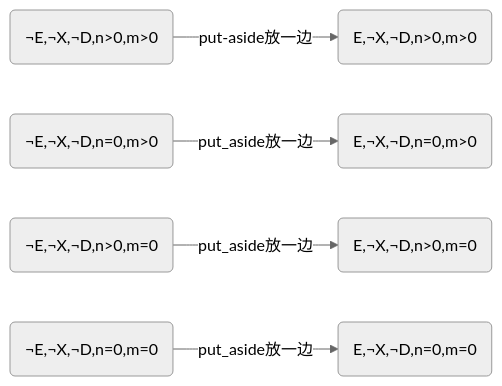
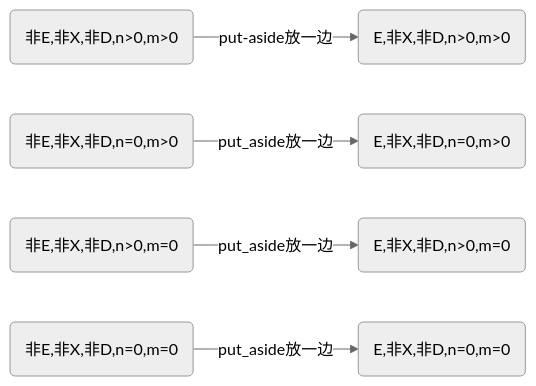
One commit to Tridu33/ZERO-Starting-AI-Planning-in-PDDL-Descripted-World changed the third of 29 diagrams in docs/SolversBaseOnPDDL/GP_Numerical/图法QNP.md. Above: the diagram before and after it, drawn with Mermaid (neutral theme). The commit also changed other lines of this file and 25 other files, not shown here.

````diff
--- a/docs/SolversBaseOnPDDL/GP_Numerical/图法QNP.md
+++ b/docs/SolversBaseOnPDDL/GP_Numerical/图法QNP.md
@@ -130,7 +130,7 @@
 ```mermaid
 graph LR;
-　　S0(&notE,&notX,&notD,n>0,m>0) -->|put-aside放一边| S16(E,&notX,&notD,n>0,m>0);
-　　S2(&notE,&notX,&notD,n=0,m>0) -->|put_aside放一边| S18(E,&notX,&notD,n=0,m>0);
-　　S1(&notE,&notX,&notD,n>0,m=0) -->|put_aside放一边| S17(E,&notX,&notD,n>0,m=0);
-　　S3(&notE,&notX,&notD,n=0,m=0) -->|put_aside放一边| S19(E,&notX,&notD,n=0,m=0);
+　　S0(非E,非X,非D,n>0,m>0) -->|put-aside放一边| S16(E,非X,非D,n>0,m>0);
+　　S2(非E,非X,非D,n=0,m>0) -->|put_aside放一边| S18(E,非X,非D,n=0,m>0);
+　　S1(非E,非X,非D,n>0,m=0) -->|put_aside放一边| S17(E,非X,非D,n>0,m=0);
+　　S3(非E,非X,非D,n=0,m=0) -->|put_aside放一边| S19(E,非X,非D,n=0,m=0);
 ```
````
